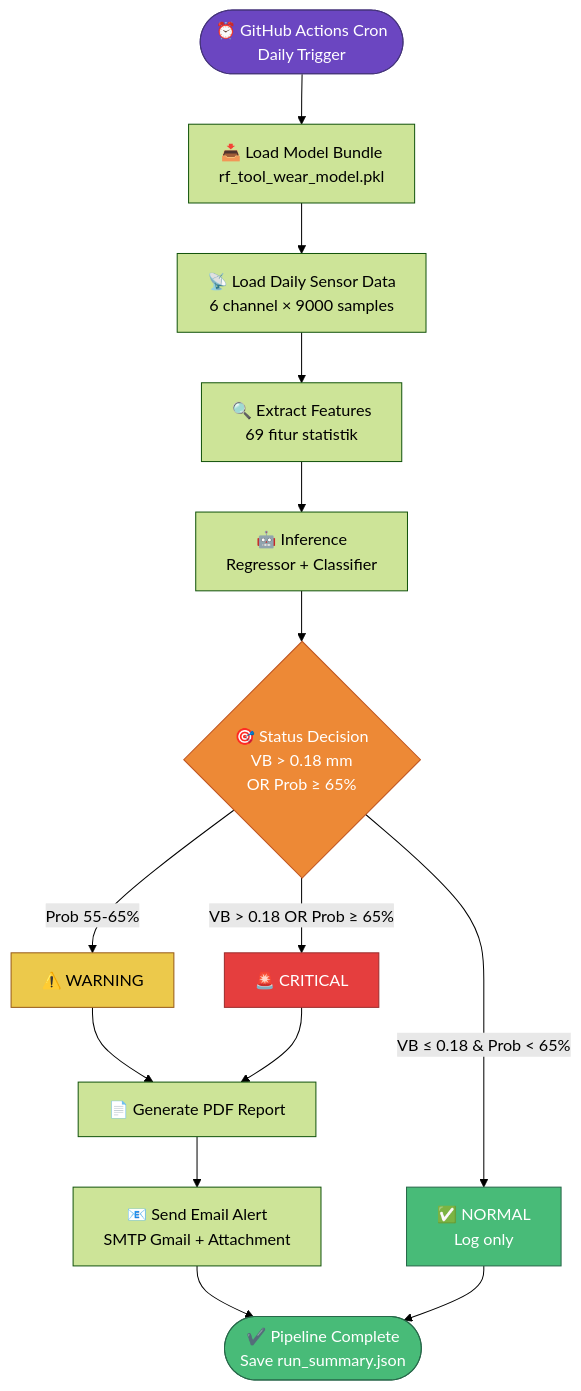
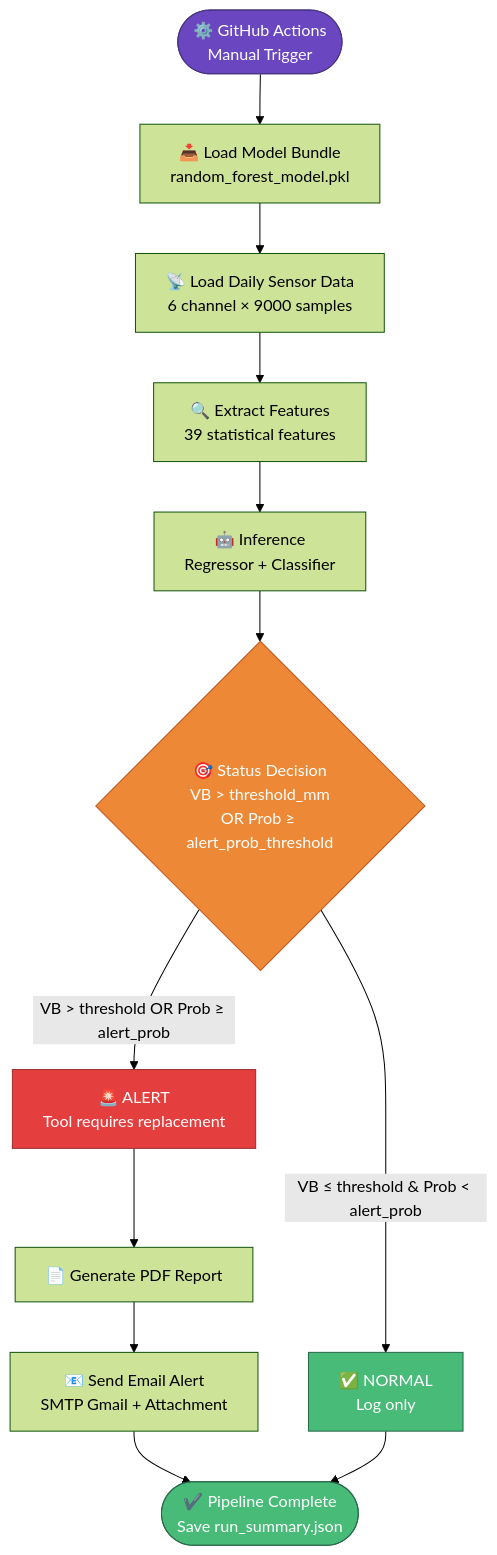
One commit to maliks1/predictive-maintenance-pipeline changed the second of 3 diagrams in README.md. Above: the diagram before and after it, drawn with Mermaid (forest theme). The commit also changed other lines of this file and 10 other files, not shown here.

First line of the commit message:
Refactor alert system to send HTML email alerts for tool wear status

````diff
--- a/README.md
+++ b/README.md
@@ -66,27 +66,24 @@
 ```mermaid
 flowchart TD
-    START([⏰ GitHub Actions Cron<br/>Daily Trigger]) --> LOAD[📥 Load Model Bundle<br/>rf_tool_wear_model.pkl]
+    START([⚙️ GitHub Actions<br/>Manual Trigger]) --> LOAD[📥 Load Model Bundle<br/>random_forest_model.pkl]
     LOAD --> DATA[📡 Load Daily Sensor Data<br/>6 channel × 9000 samples]
-    DATA --> FE[🔍 Extract Features<br/>69 fitur statistik]
+    DATA --> FE[🔍 Extract Features<br/>39 statistical features]
     FE --> PRED[🤖 Inference<br/>Regressor + Classifier]
     
-    PRED --> DECISION{🎯 Status Decision<br/>VB > 0.18 mm<br/>OR Prob ≥ 65%}
+    PRED --> DECISION{🎯 Status Decision<br/>VB > threshold_mm<br/>OR Prob ≥ alert_prob_threshold}
     
-    DECISION -->|VB ≤ 0.18 & Prob < 65%| NORMAL[✅ NORMAL<br/>Log only]
-    DECISION -->|Prob 55-65%| WARNING[⚠️ WARNING]
-    DECISION -->|VB > 0.18 OR Prob ≥ 65%| CRITICAL[🚨 CRITICAL]
+    DECISION -->|VB ≤ threshold & Prob < alert_prob| NORMAL[✅ NORMAL<br/>Log only]
+    DECISION -->|VB > threshold OR Prob ≥ alert_prob| ALERT[🚨 ALERT<br/>Tool requires replacement]
     
-    WARNING --> REPORT[📄 Generate PDF Report]
-    CRITICAL --> REPORT
+    ALERT --> REPORT[📄 Generate PDF Report]
     
     REPORT --> EMAIL[📧 Send Email Alert<br/>SMTP Gmail + Attachment]
     EMAIL --> DONE([✔️ Pipeline Complete<br/>Save run_summary.json])
     NORMAL --> DONE
     
     style START fill:#6b46c1,stroke:#44337a,color:#fff
     style NORMAL fill:#48bb78,stroke:#276749,color:#fff
-    style WARNING fill:#ecc94b,stroke:#975a16,color:#000
-    style CRITICAL fill:#e53e3e,stroke:#9b2c2c,color:#fff
+    style ALERT fill:#e53e3e,stroke:#9b2c2c,color:#fff
     style DONE fill:#48bb78,stroke:#276749,color:#fff
     style DECISION fill:#ed8936,stroke:#c05621,color:#fff
 ```
````
